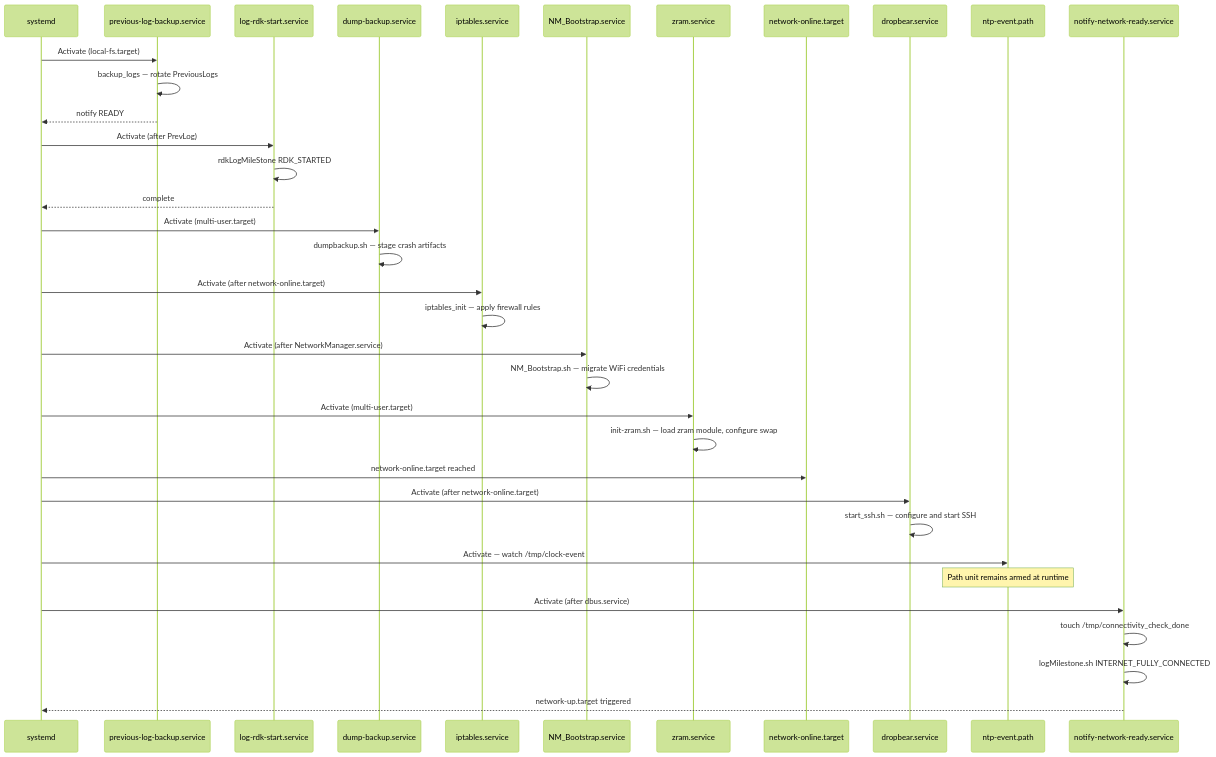
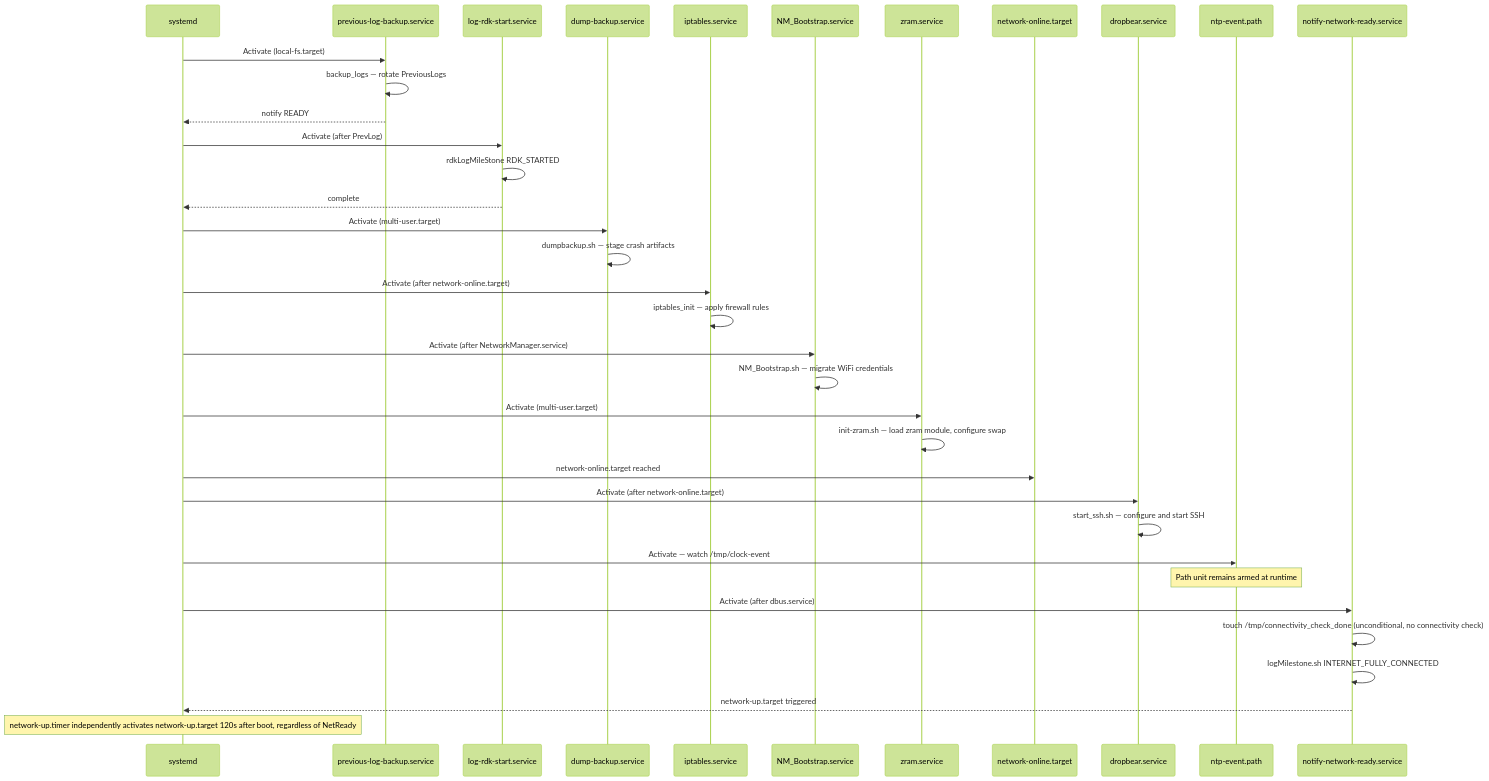
One commit to rdkcentral/sysint changed the third of 6 diagrams in README.md. Above: the diagram before and after it, drawn with Mermaid (forest theme). The commit also changed other lines of this file, not shown here.

````diff
--- a/README.md
+++ b/README.md
@@ -156,46 +194,47 @@
 ```mermaid
 sequenceDiagram
     participant Systemd as systemd
     participant PrevLog as previous-log-backup.service
     participant LogStart as log-rdk-start.service
     participant DumpBkp as dump-backup.service
     participant IPT as iptables.service
     participant NMBoot as NM_Bootstrap.service
     participant Zram as zram.service
     participant NetOnline as network-online.target
     participant Dropbear as dropbear.service
     participant NTPPath as ntp-event.path
     participant NetReady as notify-network-ready.service
 
     Systemd->>PrevLog: Activate (local-fs.target)
     PrevLog->>PrevLog: backup_logs — rotate PreviousLogs
     PrevLog-->>Systemd: notify READY
 
     Systemd->>LogStart: Activate (after PrevLog)
     LogStart->>LogStart: rdkLogMileStone RDK_STARTED
     LogStart-->>Systemd: complete
 
     Systemd->>DumpBkp: Activate (multi-user.target)
     DumpBkp->>DumpBkp: dumpbackup.sh — stage crash artifacts
 
     Systemd->>IPT: Activate (after network-online.target)
     IPT->>IPT: iptables_init — apply firewall rules
 
     Systemd->>NMBoot: Activate (after NetworkManager.service)
     NMBoot->>NMBoot: NM_Bootstrap.sh — migrate WiFi credentials
 
     Systemd->>Zram: Activate (multi-user.target)
     Zram->>Zram: init-zram.sh — load zram module, configure swap
 
     Systemd->>NetOnline: network-online.target reached
     Systemd->>Dropbear: Activate (after network-online.target)
     Dropbear->>Dropbear: start_ssh.sh — configure and start SSH
 
     Systemd->>NTPPath: Activate — watch /tmp/clock-event
     Note over NTPPath: Path unit remains armed at runtime
 
     Systemd->>NetReady: Activate (after dbus.service)
-    NetReady->>NetReady: touch /tmp/connectivity_check_done
+    NetReady->>NetReady: touch /tmp/connectivity_check_done (unconditional, no connectivity check)
     NetReady->>NetReady: logMilestone.sh INTERNET_FULLY_CONNECTED
     NetReady-->>Systemd: network-up.target triggered
+    Note over Systemd: network-up.timer independently activates network-up.target 120s after boot, regardless of NetReady
 ```
````
